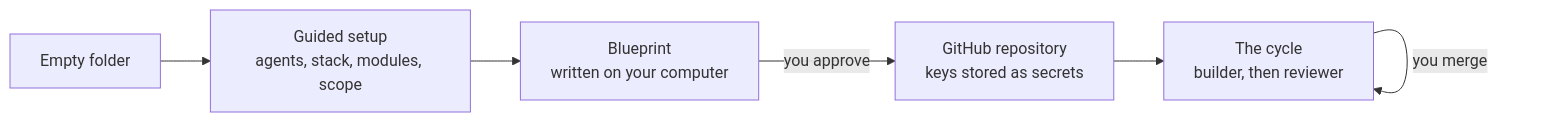
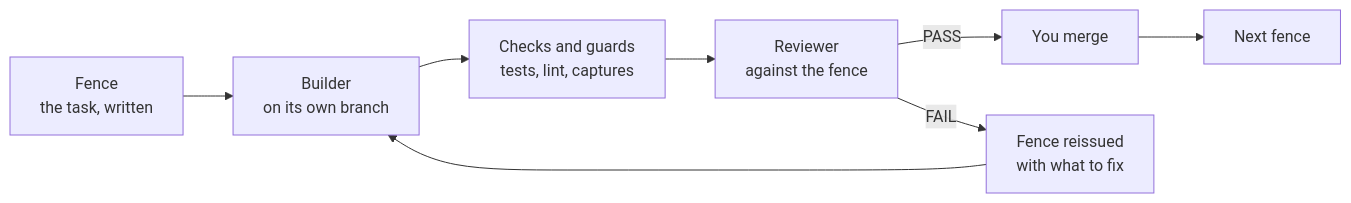
Before and after one commit to Jovo-Jovi/devos-engine: the diagram in README.md, drawn with Mermaid. The commit also changed other lines of this file and 6 other files, not shown here.

````diff
--- a/README.md
+++ b/README.md
@@ -65,8 +90,10 @@
 ```mermaid
 flowchart LR
-  A["Empty folder"] --> B["Guided setup<br/>agents, stack, modules, scope"]
-  B --> C["Blueprint<br/>written on your computer"]
-  C -->|you approve| D["GitHub repository<br/>keys stored as secrets"]
-  D --> E["The cycle<br/>builder, then reviewer"]
-  E -->|you merge| E
+  F["Fence<br/>the task, written"] --> B["Builder<br/>on its own branch"]
+  B --> C["Checks and guards<br/>tests, lint, captures"]
+  C --> R["Reviewer<br/>against the fence"]
+  R -->|PASS| M["You merge"]
+  R -->|FAIL| X["Fence reissued<br/>with what to fix"]
+  X --> B
+  M --> N["Next fence"]
 ```
````
